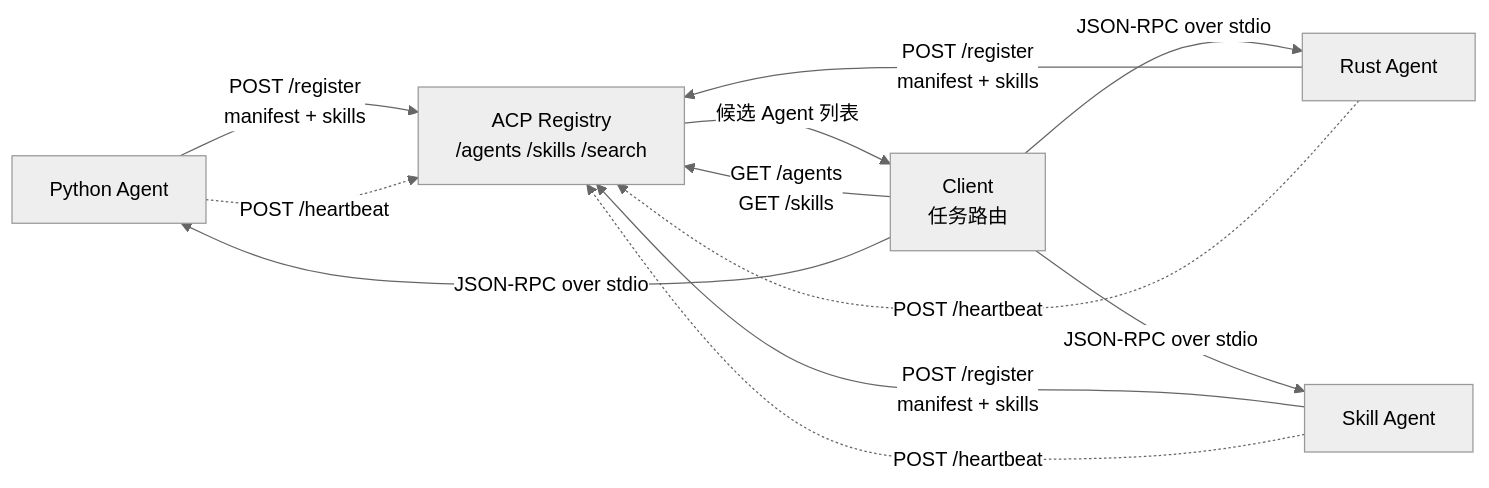
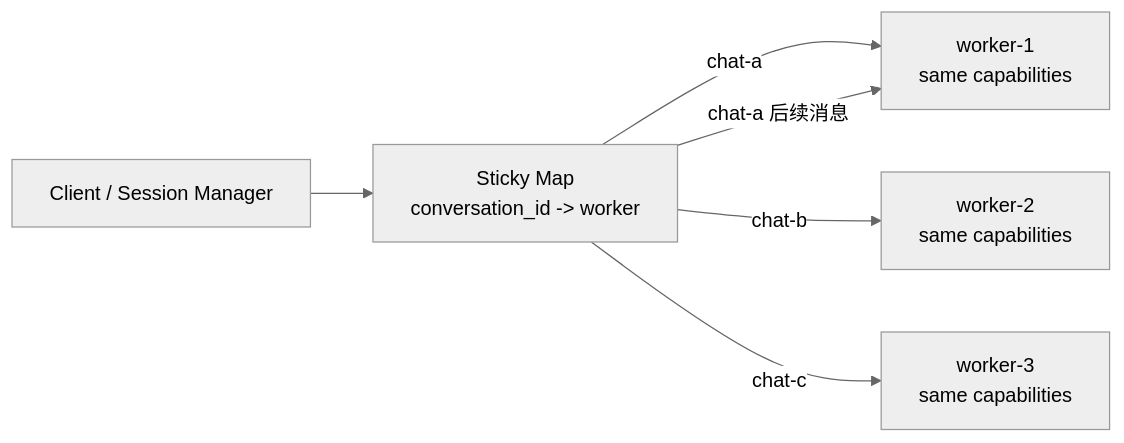
Before and after one commit to edwin2jiang/acp-multi-agent-demo: the diagram in README.md, drawn with Mermaid (neutral theme). The commit also changed other lines of this file and 20 other files, not shown here.

Commit message:
Refactor demo for sticky multi-session worker pools

````diff
--- a/README.md
+++ b/README.md
@@ -55,20 +43,14 @@
 ```mermaid
 flowchart LR
-    AgentA["Python Agent"]
-    AgentB["Rust Agent"]
-    AgentC["Skill Agent"]
-    Registry["ACP Registry<br/>/agents /skills /search"]
-    Client["Client<br/>任务路由"]
+    C["Client / Session Manager"]
+    M["Sticky Map<br/>conversation_id -> worker"]
+    W1["worker-1<br/>same capabilities"]
+    W2["worker-2<br/>same capabilities"]
+    W3["worker-3<br/>same capabilities"]
 
-    AgentA -- "POST /register<br/>manifest + skills" --> Registry
-    AgentB -- "POST /register<br/>manifest + skills" --> Registry
-    AgentC -- "POST /register<br/>manifest + skills" --> Registry
-    AgentA -. "POST /heartbeat" .-> Registry
-    AgentB -. "POST /heartbeat" .-> Registry
-    AgentC -. "POST /heartbeat" .-> Registry
-    Client -- "GET /agents<br/>GET /skills" --> Registry
-    Registry -- "候选 Agent 列表" --> Client
-    Client -- "JSON-RPC over stdio" --> AgentA
-    Client -- "JSON-RPC over stdio" --> AgentB
-    Client -- "JSON-RPC over stdio" --> AgentC
+    C --> M
+    M -- "chat-a" --> W1
+    M -- "chat-b" --> W2
+    M -- "chat-c" --> W3
+    M -- "chat-a 后续消息" --> W1
 ```
````
